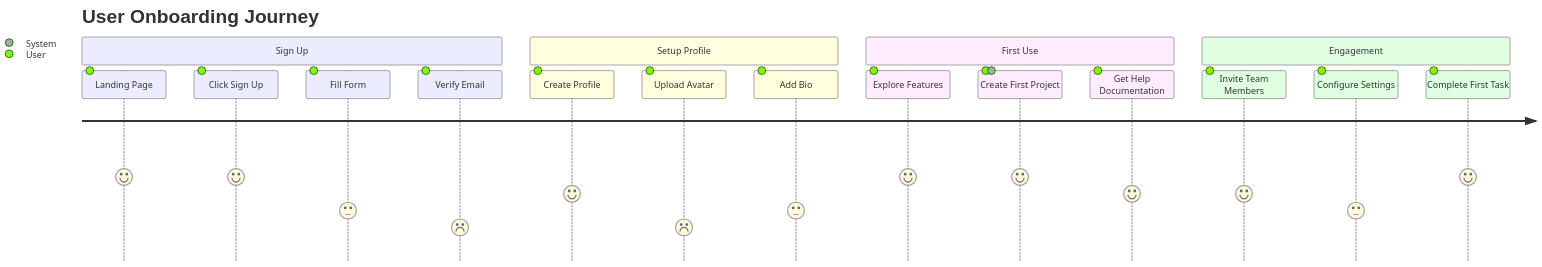
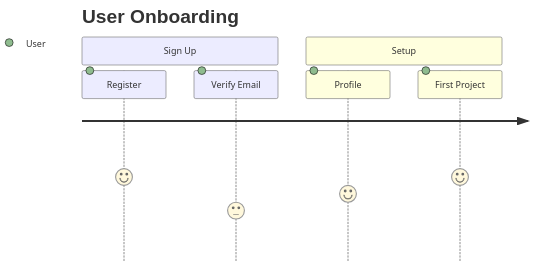
The tenth of 12 diagrams in src/moai_adk/templates/.claude/skills/moai-mermaid-diagram-expert/SKILL.md (modu-ai/moai-adk), drawn with Mermaid before and after one commit. The commit also changed other lines of this file and 182 other files, not shown here.

````diff
--- a/src/moai_adk/templates/.claude/skills/moai-mermaid-diagram-expert/SKILL.md
+++ b/src/moai_adk/templates/.claude/skills/moai-mermaid-diagram-expert/SKILL.md
@@ -762,21 +222,10 @@
 ```mermaid
 journey
-    title User Onboarding Journey
+    title User Onboarding
     section Sign Up
-      Landing Page: 5: User
-      Click Sign Up: 5: User
-      Fill Form: 3: User
-      Verify Email: 2: User
-    section Setup Profile
-      Create Profile: 4: User
-      Upload Avatar: 2: User
-      Add Bio: 3: User
-    section First Use
-      Explore Features: 5: User
-      Create First Project: 5: User, System
-      Get Help Documentation: 4: User
-    section Engagement
-      Invite Team Members: 4: User
-      Configure Settings: 3: User
-      Complete First Task: 5: User
+      Register: 5: User
+      Verify Email: 3: User
+    section Setup
+      Profile: 4: User
+      First Project: 5: User
 ```
````
